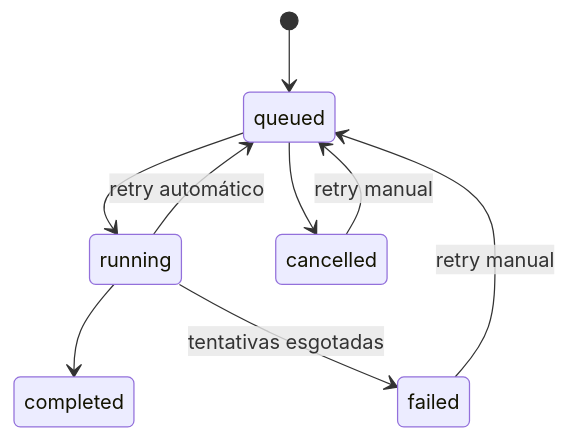
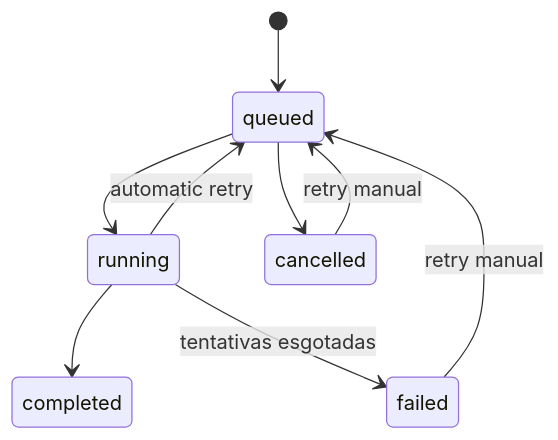
The diagram in src/content/docs/docs/architecture/jobs-and-cache.md (araruoss/araru-docs), drawn with Mermaid before and after one commit. The commit also changed other lines of this file and 69 other files, not shown here.

````diff
--- a/src/content/docs/docs/architecture/jobs-and-cache.md
+++ b/src/content/docs/docs/architecture/jobs-and-cache.md
@@ -13,11 +13,11 @@
 ```mermaid
 stateDiagram-v2
   [*] --> queued
   queued --> running
   queued --> cancelled
   running --> completed
-  running --> queued: retry automático
+  running --> queued: automatic retry
   running --> failed: tentativas esgotadas
   failed --> queued: retry manual
   cancelled --> queued: retry manual
 ```
````
